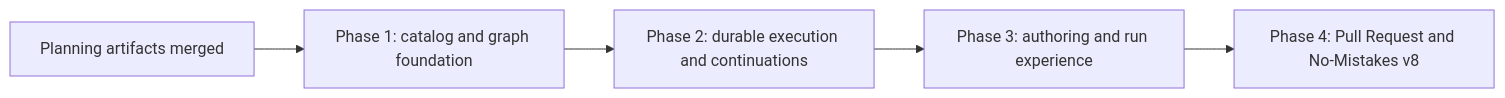
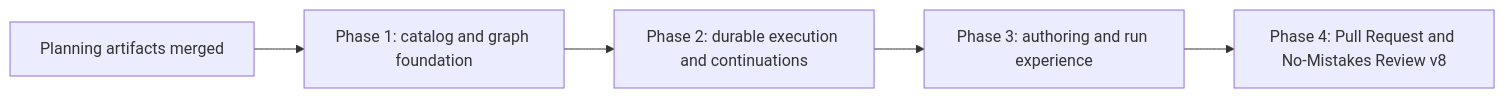
Before and after one commit to teamupstart/mission-control: the diagram in docs/plans/session-action-workflow-stages/phased-plan.md, drawn with Mermaid. The commit also changed other lines of this file and 337 other files, not shown here.

````diff
--- a/docs/plans/session-action-workflow-stages/phased-plan.md
+++ b/docs/plans/session-action-workflow-stages/phased-plan.md
@@ -76,7 +72,7 @@
 ```mermaid
 flowchart LR
   P[Planning artifacts merged] --> A[Phase 1: catalog and graph foundation]
   A --> B[Phase 2: durable execution and continuations]
   B --> C[Phase 3: authoring and run experience]
-  C --> D[Phase 4: Pull Request and No-Mistakes v8]
+  C --> D[Phase 4: Pull Request and No-Mistakes Review v8]
 ```
````
